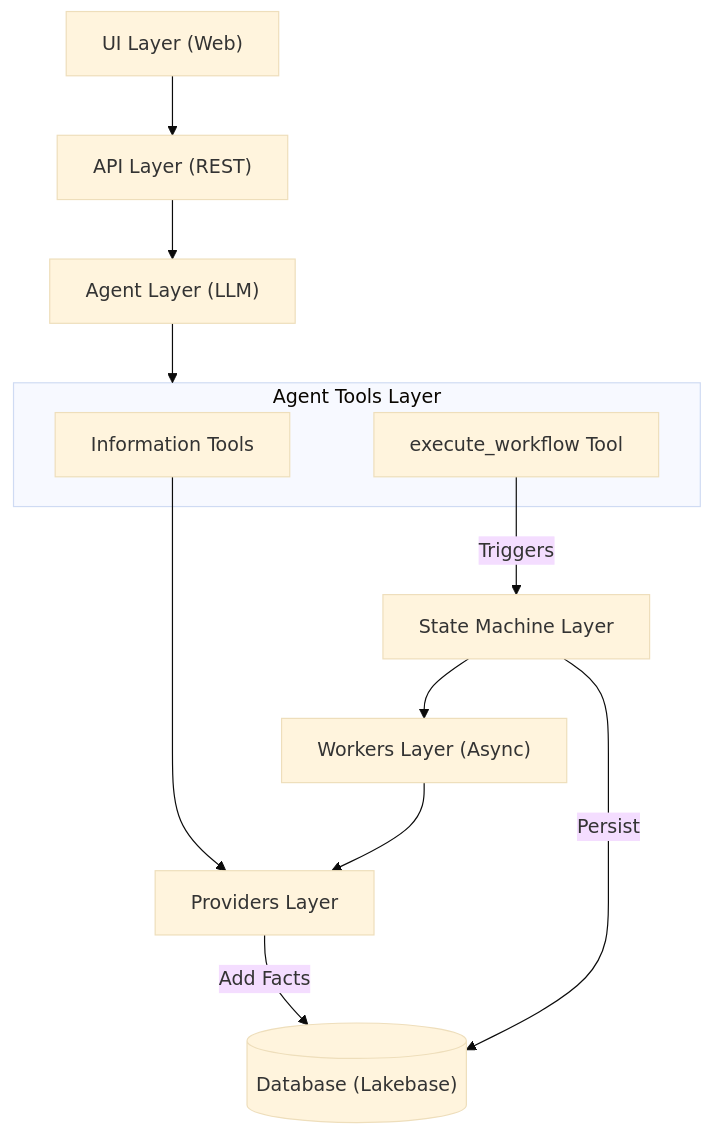
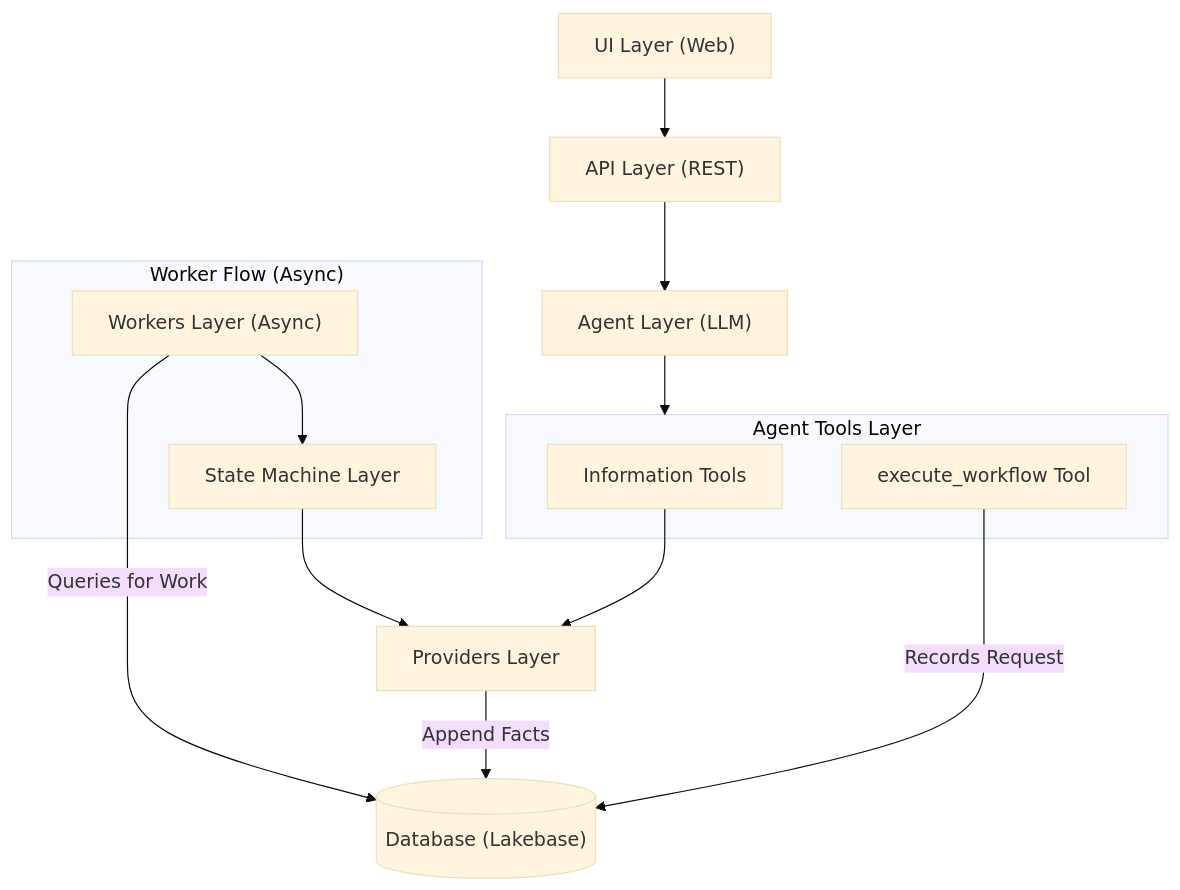
Before and after one commit to TaylorAHanson/ssc: the diagram in docs/ARCHITECTURE.md, drawn with Mermaid (base theme). The commit also changed other lines of this file, not shown here.

````diff
--- a/docs/ARCHITECTURE.md
+++ b/docs/ARCHITECTURE.md
@@ -18,31 +18,34 @@
 ```mermaid
 graph TD
     UI["UI Layer (Web)"]
     API["API Layer (REST)"]
     Agent["Agent Layer (LLM)"]
     
     subgraph AgentTools ["Agent Tools Layer"]
         Tools["Information Tools"]
         Exec["execute_workflow Tool"]
     end
     
-    SM["State Machine Layer"]
-    Workers["Workers Layer (Async)"]
+    subgraph WorkerFlow ["Worker Flow (Async)"]
+        Workers["Workers Layer (Async)"]
+        SM["State Machine Layer"]
+    end
+
     Providers["Providers Layer"]
     DB[("Database (Lakebase)")]
 
+    %% Flow 1: Records Request
     UI --> API
     API --> Agent
+    Agent --> AgentTools
+    Exec -->|Records Request| DB
     
-    Agent --> AgentTools
+    %% Flow 2: Execution
+    Workers -->|Queries for Work| DB
+    Workers --> SM
+    SM --> Providers
+    Providers -->|Append Facts| DB
     
-    Exec -->|Triggers| SM
-    
+    %% Informational Tools
     Tools --> Providers
-    
-    SM -->|Persist| DB
-    SM --> Workers
-    Workers --> Providers
-    
-    Providers -->|Add Facts| DB
 ```
````
